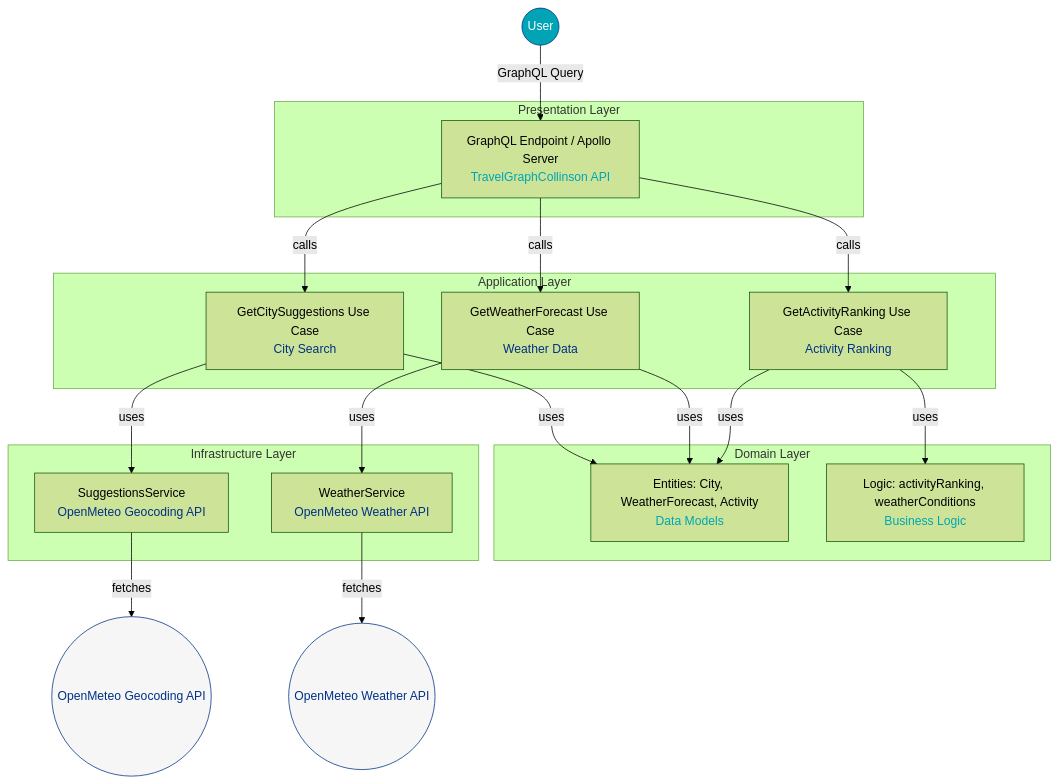
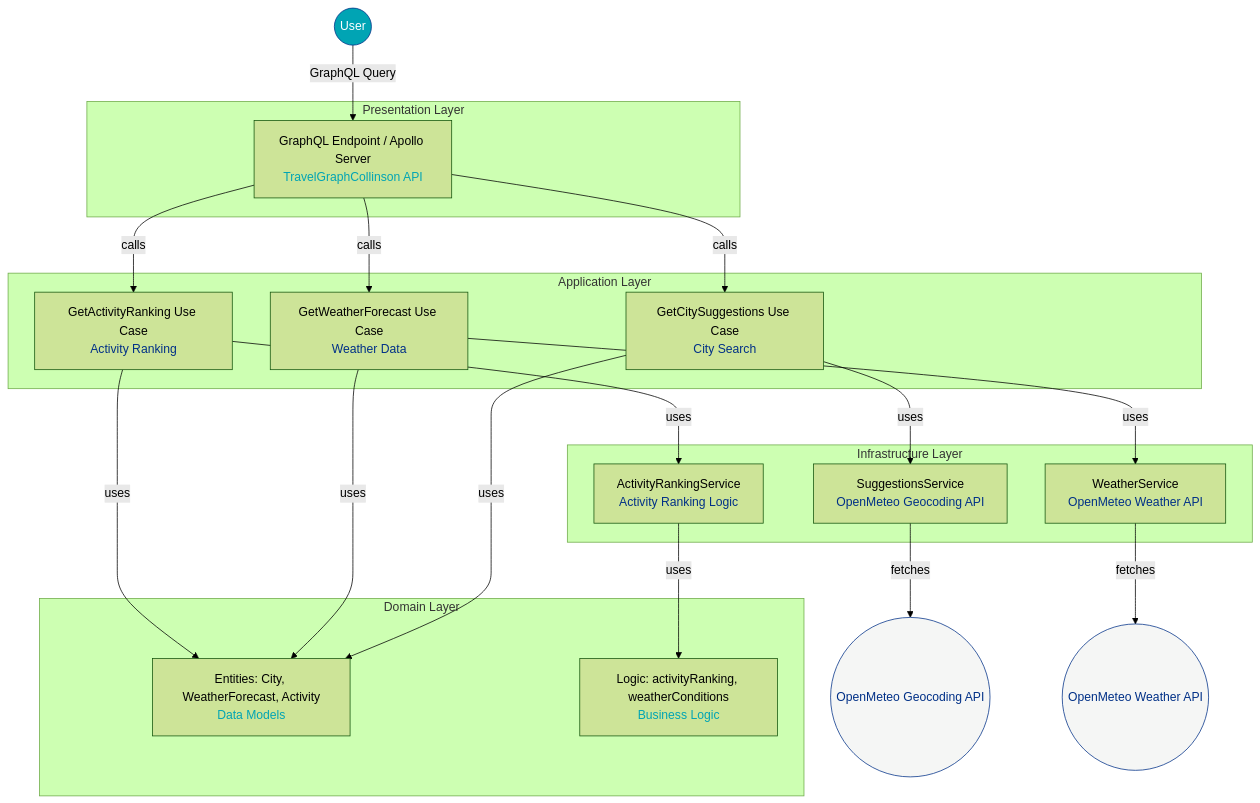
Before and after one commit to manny1001/travelgraphcollinson: the diagram in README.md, drawn with Mermaid (forest theme).

````diff
--- a/README.md
+++ b/README.md
@@ -29,35 +29,37 @@
 ```mermaid
 flowchart TD
     subgraph Presentation Layer
         A[GraphQL Endpoint / Apollo Server<br><font color=#00A4B4>TravelGraphCollinson API</font>]
     end
     subgraph Application Layer
         B1[GetCitySuggestions Use Case<br><font color=#003087>City Search</font>]
         B2[GetWeatherForecast Use Case<br><font color=#003087>Weather Data</font>]
         B3[GetActivityRanking Use Case<br><font color=#003087>Activity Ranking</font>]
     end
     subgraph Domain Layer
         C1[Entities: City, WeatherForecast, Activity<br><font color=#00A4B4>Data Models</font>]
         C2[Logic: activityRanking, weatherConditions<br><font color=#00A4B4>Business Logic</font>]
     end
     subgraph Infrastructure Layer
         D1[SuggestionsService<br><font color=#003087>OpenMeteo Geocoding API</font>]
         D2[WeatherService<br><font color=#003087>OpenMeteo Weather API</font>]
+        D3[ActivityRankingService<br><font color=#003087>Activity Ranking Logic</font>]
     end
     User((User)):::user
     User-->|GraphQL Query|A
     A-->|calls|B1
     A-->|calls|B2
     A-->|calls|B3
     B1-->|uses|D1
     B2-->|uses|D2
-    B3-->|uses|C2
+    B3-->|uses|D3
+    D3-->|uses|C2
     B1-->|uses|C1
     B2-->|uses|C1
     B3-->|uses|C1
     D1-->|fetches|OpenMeteoGeocodingAPI((OpenMeteo Geocoding API)):::api
     D2-->|fetches|OpenMeteoWeatherAPI((OpenMeteo Weather API)):::api
 
     classDef user fill:#00A4B4,stroke:#003087,color:#FFFFFF
     classDef api fill:#F5F6F5,stroke:#003087,color:#003087
 ```
````
